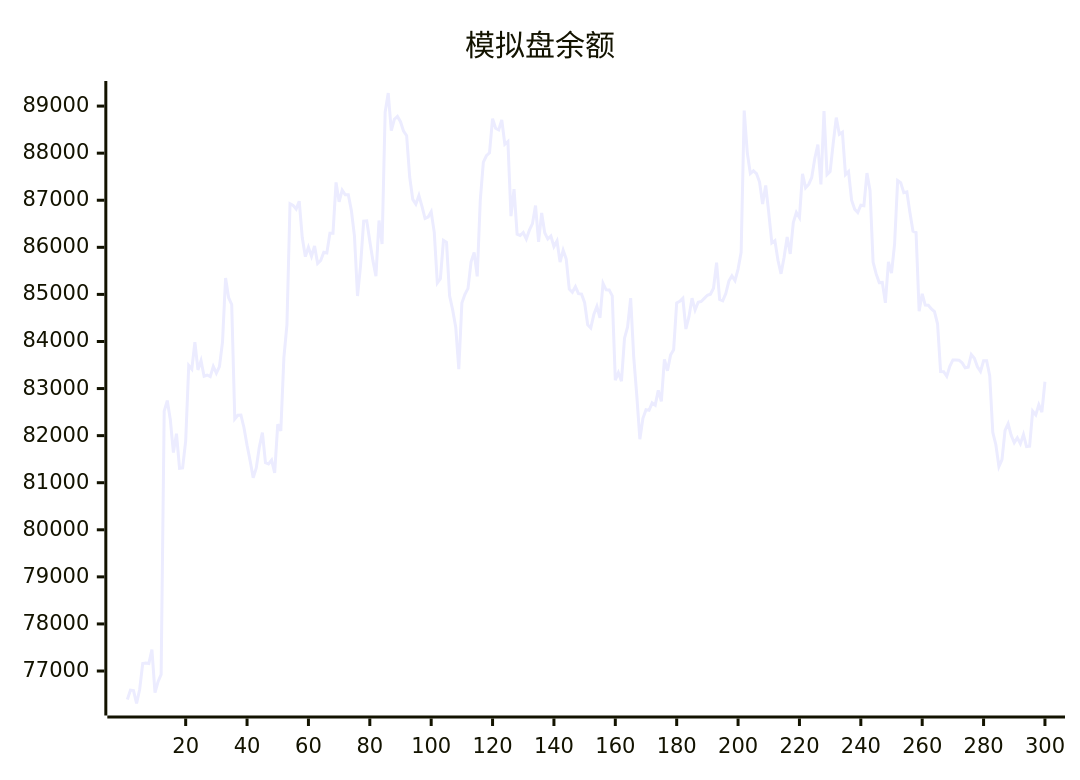
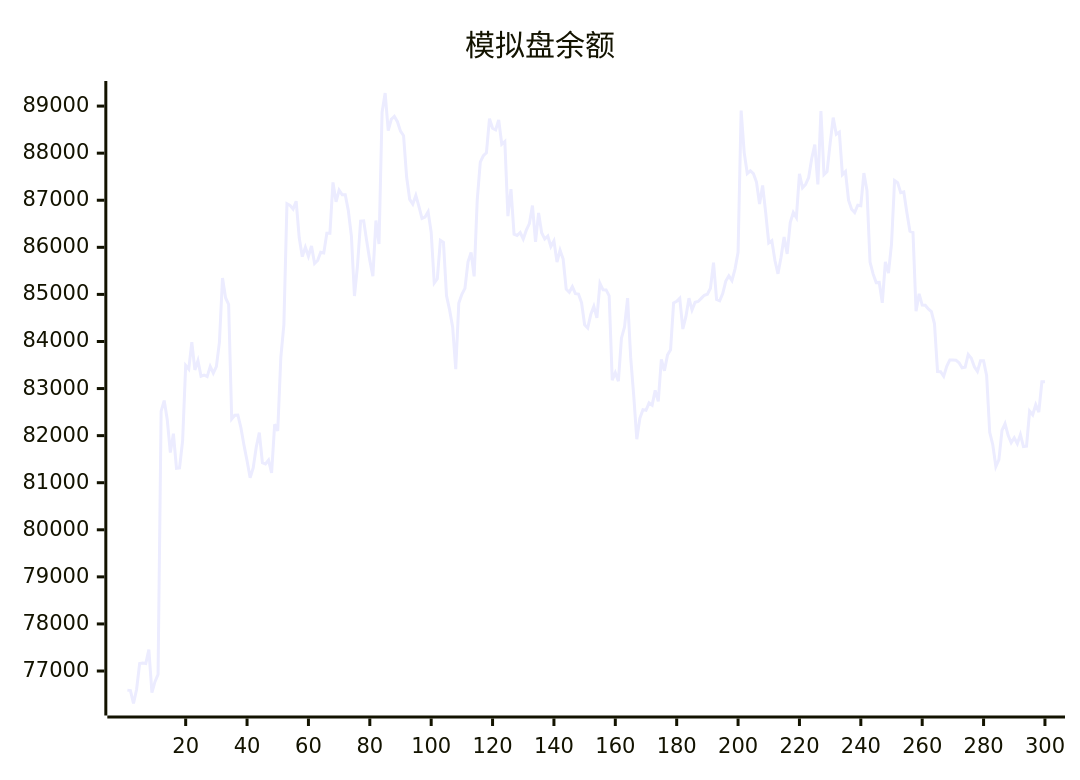
Before and after one commit to aahl/ai-trading: the diagram in README.md, drawn with Mermaid. The commit also changed other lines of this file and 1 other file, not shown here.

````diff
--- a/README.md
+++ b/README.md
@@ -5,5 +5,5 @@
 ```mermaid
 xychart
     title "模拟盘余额"
-    line [76397,76594,76585,76310,76607,77160,77170,77160,77456,76541,76774,76927,82520,82744,82337,81639,82040,81307,81314,81887,83490,83414,83984,83396,83594,83261,83287,83253,83470,83327,83465,83987,85348,84930,84786,82355,82433,82438,82167,81795,81466,81105,81315,81756,82064,81426,81398,81481,81210,82242,82099,83658,84359,86925,86892,86814,86980,86203,85802,86003,85811,86028,85657,85721,85896,85880,86300,86299,87378,86965,87214,87115,87118,86780,86238,84966,85623,86555,86562,86129,85722,85387,86569,86070,88870,89278,88477,88720,88781,88668,88467,88372,87493,87018,86917,87102,86870,86613,86644,86758,86317,85242,85334,86149,86106,84968,84671,84302,83410,84816,85001,85127,85693,85891,85384,87001,87811,87945,88007,88734,88528,88495,88705,88189,88248,86662,87234,86279,86251,86314,86177,86364,86503,86886,86114,86731,86310,86176,86240,86017,86136,85685,85938,85749,85111,85044,85164,85016,85008,84824,84354,84287,84572,84745,84500,85234,85096,85095,84970,83180,83338,83157,84070,84309,84922,83667,82850,81924,82369,82552,82539,82695,82648,82962,82728,83619,83378,83710,83825,84819,84854,84917,84265,84527,84919,84668,84834,84850,84916,84981,85004,85131,85674,84891,84864,85019,85284,85393,85294,85538,85894,88904,88012,87567,87625,87568,87386,86920,87313,86737,86094,86143,85725,85437,85787,86219,85859,86526,86740,86630,87563,87264,87335,87483,87886,88180,87335,88894,87544,87608,88207,88755,88401,88444,87543,87608,87000,86810,86740,86894,86884,87576,87209,85686,85435,85251,85255,84820,85689,85453,86066,87420,87373,87161,87178,86740,86341,86315,84643,85012,84772,84768,84690,84635,84376,83360,83357,83259,83474,83608,83606,83602,83548,83440,83454,83724,83644,83464,83365,83590,83592,83275,82072,81806,81344,81492,82109,82254,82006,81848,81955,81829,82022,81769,81776,82522,82441,82656,82498,83144]
+    line [76594,76585,76310,76607,77160,77170,77160,77456,76541,76774,76927,82520,82744,82337,81639,82040,81307,81314,81887,83490,83414,83984,83396,83594,83261,83287,83253,83470,83327,83465,83987,85348,84930,84786,82355,82433,82438,82167,81795,81466,81105,81315,81756,82064,81426,81398,81481,81210,82242,82099,83658,84359,86925,86892,86814,86980,86203,85802,86003,85811,86028,85657,85721,85896,85880,86300,86299,87378,86965,87214,87115,87118,86780,86238,84966,85623,86555,86562,86129,85722,85387,86569,86070,88870,89278,88477,88720,88781,88668,88467,88372,87493,87018,86917,87102,86870,86613,86644,86758,86317,85242,85334,86149,86106,84968,84671,84302,83410,84816,85001,85127,85693,85891,85384,87001,87811,87945,88007,88734,88528,88495,88705,88189,88248,86662,87234,86279,86251,86314,86177,86364,86503,86886,86114,86731,86310,86176,86240,86017,86136,85685,85938,85749,85111,85044,85164,85016,85008,84824,84354,84287,84572,84745,84500,85234,85096,85095,84970,83180,83338,83157,84070,84309,84922,83667,82850,81924,82369,82552,82539,82695,82648,82962,82728,83619,83378,83710,83825,84819,84854,84917,84265,84527,84919,84668,84834,84850,84916,84981,85004,85131,85674,84891,84864,85019,85284,85393,85294,85538,85894,88904,88012,87567,87625,87568,87386,86920,87313,86737,86094,86143,85725,85437,85787,86219,85859,86526,86740,86630,87563,87264,87335,87483,87886,88180,87335,88894,87544,87608,88207,88755,88401,88444,87543,87608,87000,86810,86740,86894,86884,87576,87209,85686,85435,85251,85255,84820,85689,85453,86066,87420,87373,87161,87178,86740,86341,86315,84643,85012,84772,84768,84690,84635,84376,83360,83357,83259,83474,83608,83606,83602,83548,83440,83454,83724,83644,83464,83365,83590,83592,83275,82072,81806,81344,81492,82109,82254,82006,81848,81955,81829,82022,81769,81776,82522,82441,82656,82498,83144,83144]
 ```
````
